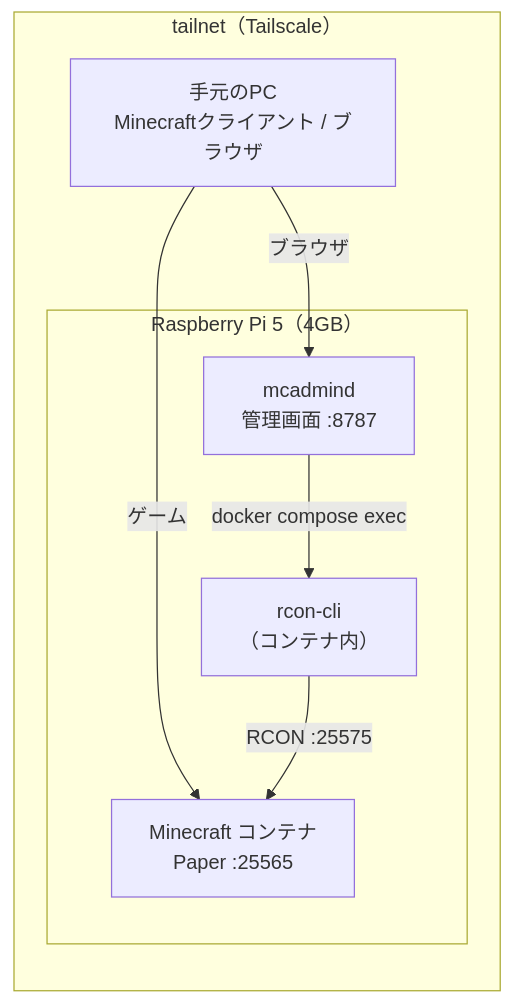
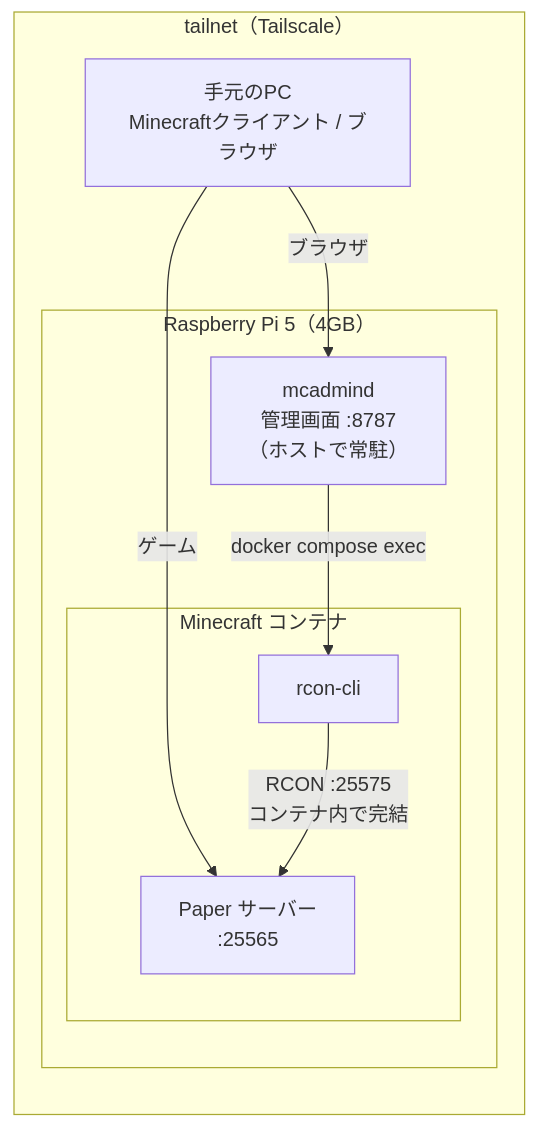
One commit to kkito0726/tech-blog-kkito changed the first of 2 diagrams in content/posts/2026-09-30-minecraft-pi-tailscale/index.md. Above: the diagram before and after it, drawn with Mermaid.

Commit message:
docs: 構成図で rcon-cli と Paper を Minecraft コンテナの枠に入れる

````diff
--- a/content/posts/2026-09-30-minecraft-pi-tailscale/index.md
+++ b/content/posts/2026-09-30-minecraft-pi-tailscale/index.md
@@ -23,15 +23,17 @@
 ```mermaid
 flowchart LR
     subgraph tailnet["tailnet（Tailscale）"]
         PC["手元のPC<br/>Minecraftクライアント / ブラウザ"]
         subgraph Pi["Raspberry Pi 5（4GB）"]
-            MC["Minecraft コンテナ<br/>Paper :25565"]
-            AD["mcadmind<br/>管理画面 :8787"]
-            RC["rcon-cli<br/>（コンテナ内）"]
+            AD["mcadmind<br/>管理画面 :8787<br/>（ホストで常駐）"]
+            subgraph MCC["Minecraft コンテナ"]
+                MC["Paper サーバー<br/>:25565"]
+                RC["rcon-cli"]
+            end
         end
     end
     PC -->|ゲーム| MC
     PC -->|ブラウザ| AD
     AD -->|docker compose exec| RC
-    RC -->|RCON :25575| MC
+    RC -->|"RCON :25575<br/>コンテナ内で完結"| MC
 ```
````
